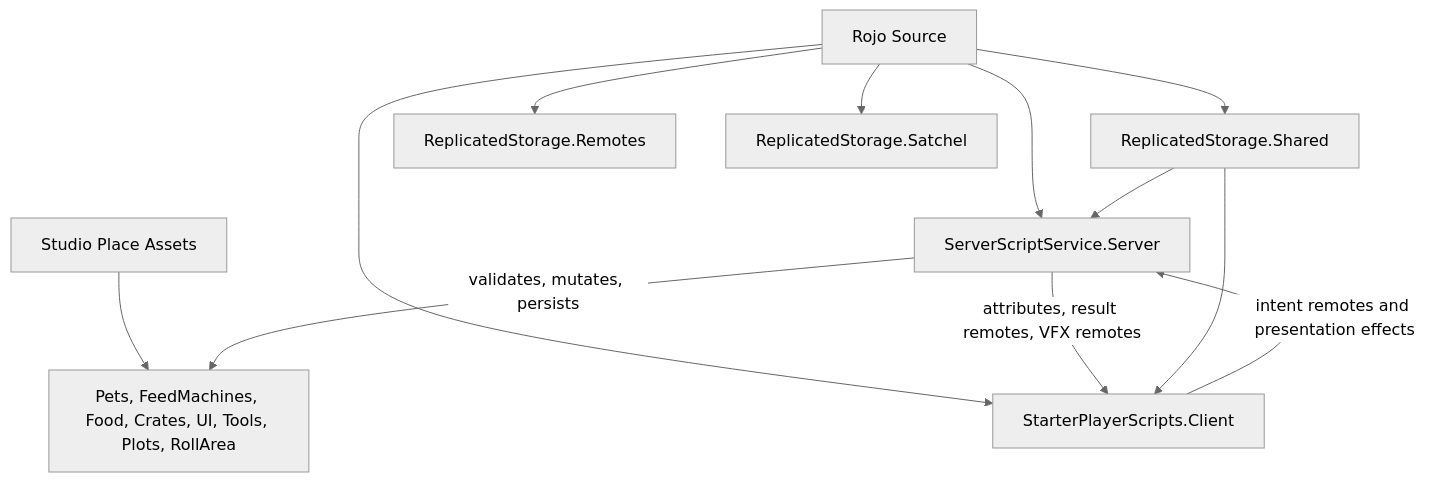
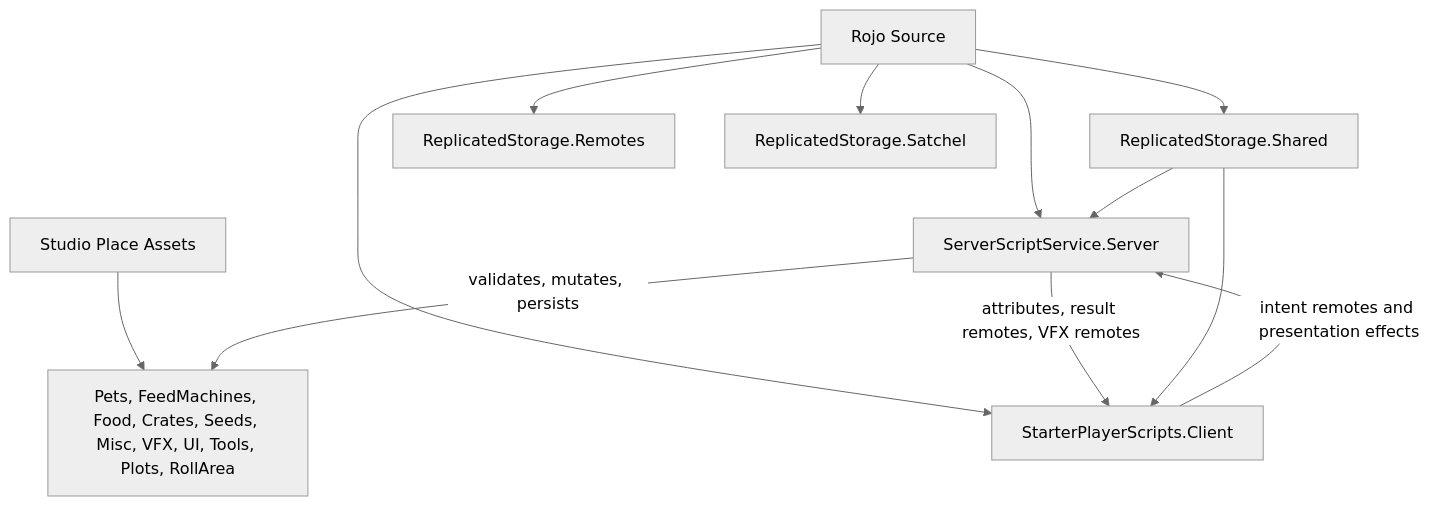
One commit to yacti/my-game changed the diagram in AGENTS.md. Above: the diagram before and after it, drawn with Mermaid (neutral theme). The commit also changed other lines of this file and 10 other files, not shown here.

````diff
--- a/AGENTS.md
+++ b/AGENTS.md
@@ -35,14 +35,14 @@
 ```mermaid
 flowchart TD
   RojoSource["Rojo Source"] --> SharedCode["ReplicatedStorage.Shared"]
   RojoSource --> ServerCode["ServerScriptService.Server"]
   RojoSource --> ClientCode["StarterPlayerScripts.Client"]
   RojoSource --> RemoteFolder["ReplicatedStorage.Remotes"]
   RojoSource --> SatchelAsset["ReplicatedStorage.Satchel"]
-  StudioPlace["Studio Place Assets"] --> RuntimeTemplates["Pets, FeedMachines, Food, Crates, UI, Tools, Plots, RollArea"]
+  StudioPlace["Studio Place Assets"] --> RuntimeTemplates["Pets, FeedMachines, Food, Crates, Seeds, Misc, VFX, UI, Tools, Plots, RollArea"]
   ClientCode -->|"intent remotes and presentation effects"| ServerCode
   ServerCode -->|"validates, mutates, persists"| RuntimeTemplates
   ServerCode -->|"attributes, result remotes, VFX remotes"| ClientCode
   SharedCode --> ServerCode
   SharedCode --> ClientCode
 ```
````
